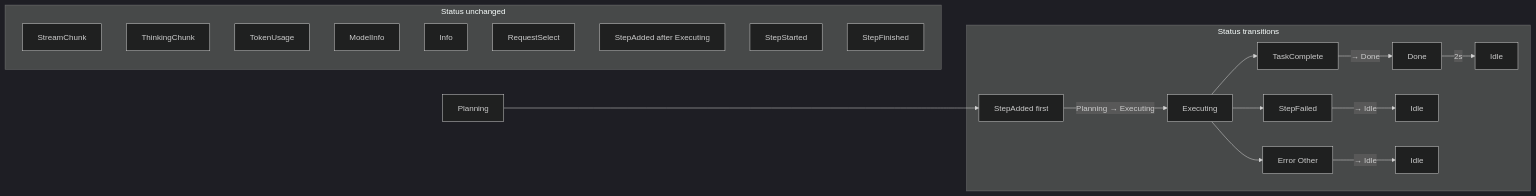
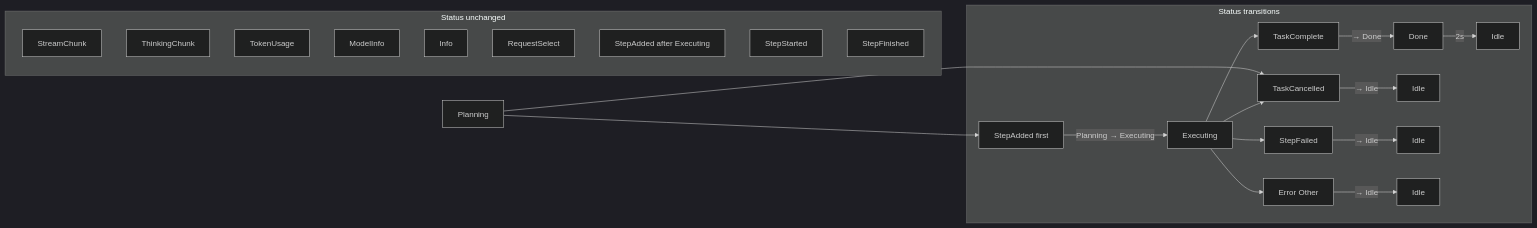
The fifth of 9 diagrams in book/25_chapter_protocol.md (rust-infra/tact), drawn with Mermaid (dark theme) before and after one commit. The commit also changed other lines of this file and 7 other files, not shown here.

First line of the commit message:
fix(protocol): add AgentUpdate::TaskCancelled so TUI leaves busy state on cancel

````diff
--- a/book/25_chapter_protocol.md
+++ b/book/25_chapter_protocol.md
@@ -210,27 +213,30 @@
 ```mermaid
 flowchart LR
     subgraph no_change["Status unchanged"]
         SC[StreamChunk]
         TC[ThinkingChunk]
         TU[TokenUsage]
         MI[ModelInfo]
         IN[Info]
         RS[RequestSelect]
         SA2[StepAdded after Executing]
         SS[StepStarted]
         SF[StepFinished]
     end
 
     subgraph transitions["Status transitions"]
         SA1[StepAdded first] -->|Planning → Executing| EX[Executing]
         TKC[TaskComplete] -->|→ Done| DN[Done]
+        TKX[TaskCancelled] -->|→ Idle| ID0[Idle]
         SFL[StepFailed] -->|→ Idle| ID1[Idle]
         ER[Error Other] -->|→ Idle| ID2[Idle]
         DN -->|2s| ID3[Idle]
     end
 
     P[Planning] --> SA1
     EX --> TKC
+    EX --> TKX
+    P --> TKX
     EX --> SFL
     EX --> ER
 ```
````
